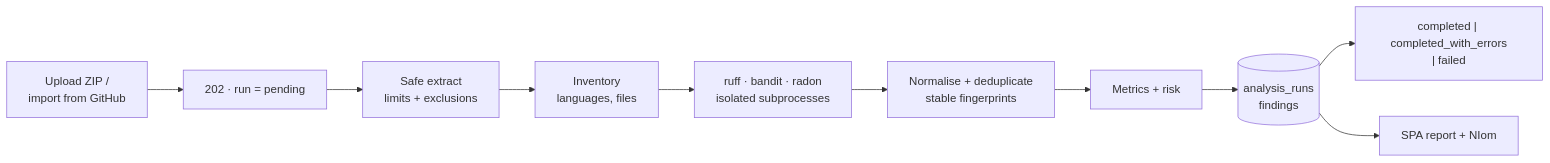
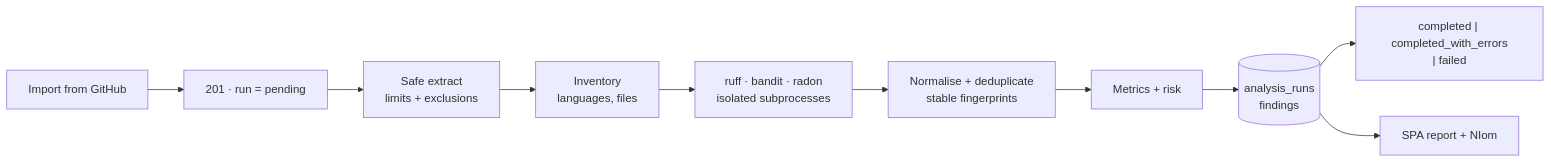
One commit to AlanPadron/Stackwise changed the diagram in README.md. Above: the diagram before and after it, drawn with Mermaid. The commit also changed other lines of this file and 38 other files, not shown here.

````diff
--- a/README.md
+++ b/README.md
@@ -344,12 +344,12 @@
 ```mermaid
 flowchart LR
-  U[Upload ZIP /<br/>import from GitHub] --> P["202 · run = pending"]
+  U[Import from GitHub] --> P["201 · run = pending"]
   P --> X["Safe extract<br/>limits + exclusions"]
   X --> I[Inventory<br/>languages, files]
   I --> A["ruff · bandit · radon<br/>isolated subprocesses"]
   A --> N["Normalise + deduplicate<br/>stable fingerprints"]
   N --> M["Metrics + risk"]
   M --> D[(analysis_runs<br/>findings)]
   D --> R["completed | completed_with_errors<br/>| failed"]
   D --> S[SPA report + NIom]
 ```
````
